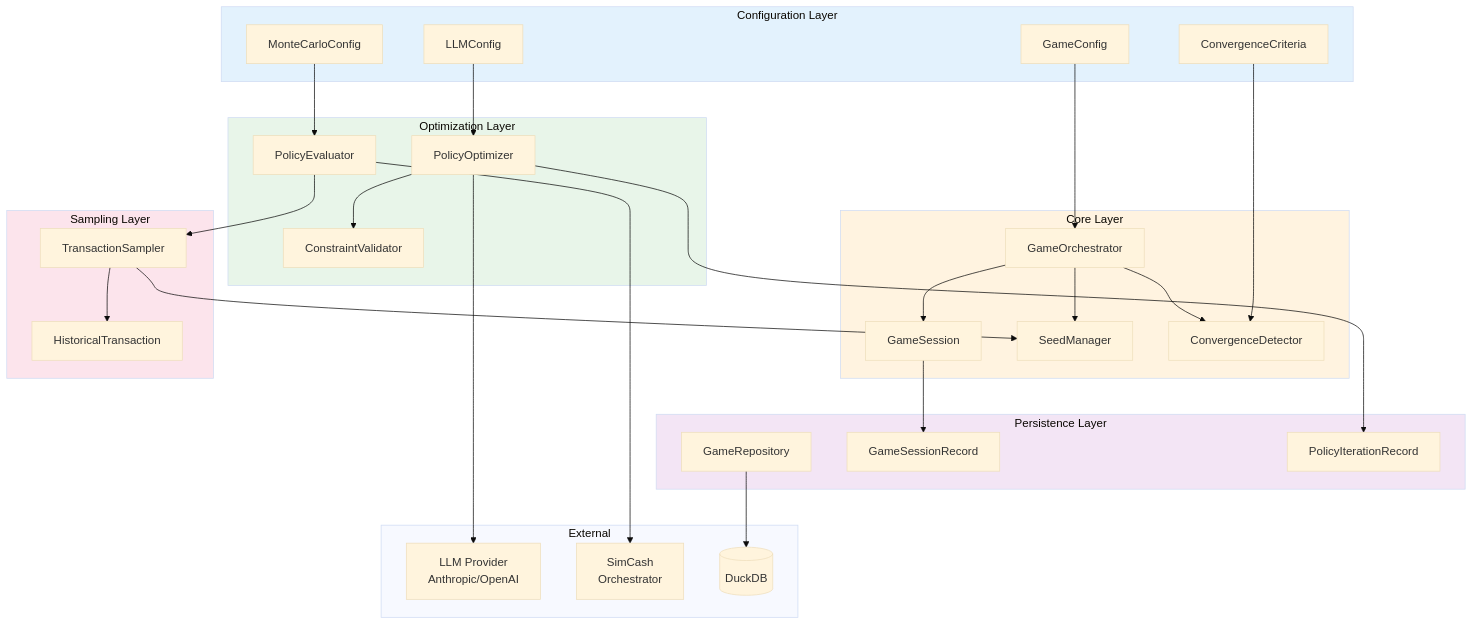
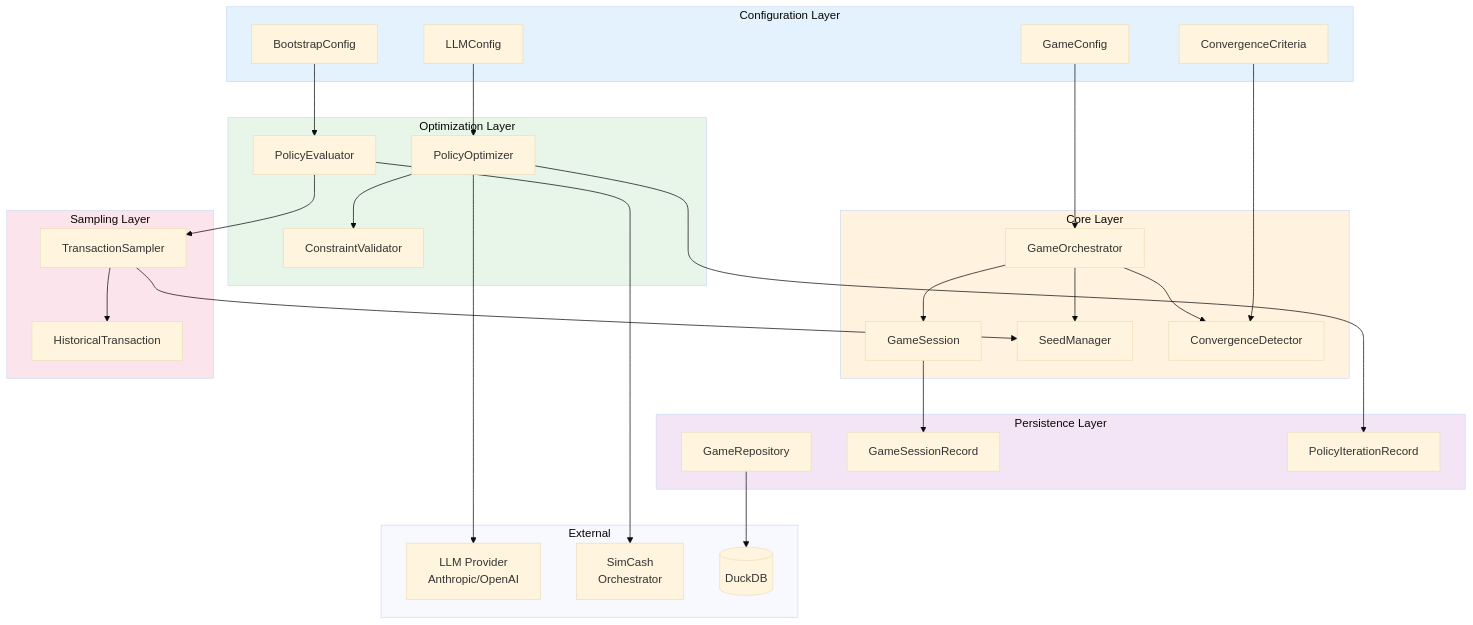
Before and after one commit to aerugo/SimCash: the first of 2 diagrams in docs/reference/ai_cash_mgmt/index.md, drawn with Mermaid (base theme). The commit also changed other lines of this file and 9 other files, not shown here.

````diff
--- a/docs/reference/ai_cash_mgmt/index.md
+++ b/docs/reference/ai_cash_mgmt/index.md
@@ -27,66 +27,66 @@
 ```mermaid
 flowchart TB
     subgraph Config["Configuration Layer"]
         GC[GameConfig]
         LLC[LLMConfig]
-        MCC[MonteCarloConfig]
+        BC[BootstrapConfig]
         CC[ConvergenceCriteria]
     end
 
     subgraph Core["Core Layer"]
         GO[GameOrchestrator]
         GS[GameSession]
         SM[SeedManager]
         CD[ConvergenceDetector]
     end
 
     subgraph Optimization["Optimization Layer"]
         PO[PolicyOptimizer]
         PE[PolicyEvaluator]
         CV[ConstraintValidator]
     end
 
     subgraph Sampling["Sampling Layer"]
         TS[TransactionSampler]
         HT[HistoricalTransaction]
     end
 
     subgraph Persistence["Persistence Layer"]
         GR[GameRepository]
         GSR[GameSessionRecord]
         PIR[PolicyIterationRecord]
     end
 
     subgraph External["External"]
         LLM[LLM Provider<br/>Anthropic/OpenAI]
         SIM[SimCash<br/>Orchestrator]
         DB[(DuckDB)]
     end
 
     GC --> GO
     LLC --> PO
-    MCC --> PE
+    BC --> PE
     CC --> CD
 
     GO --> GS
     GO --> SM
     GO --> CD
 
     PO --> CV
     PO --> LLM
     PE --> TS
     PE --> SIM
 
     TS --> SM
     TS --> HT
 
     GS --> GSR
     PO --> PIR
     GR --> DB
 
     style Config fill:#e3f2fd
     style Core fill:#fff3e0
     style Optimization fill:#e8f5e9
     style Sampling fill:#fce4ec
     style Persistence fill:#f3e5f5
 ```
````
